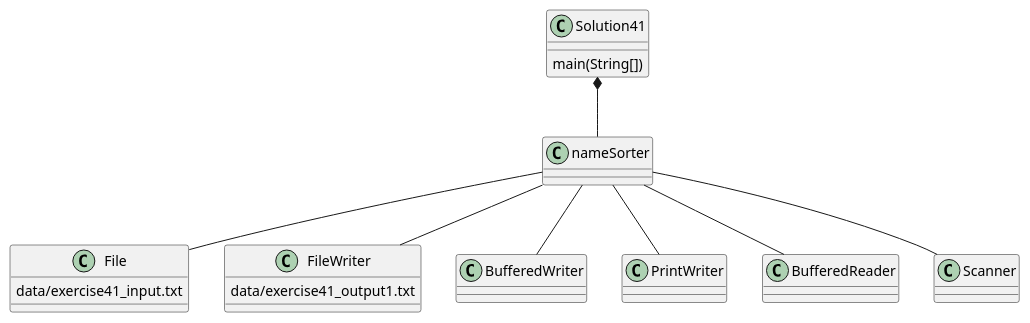
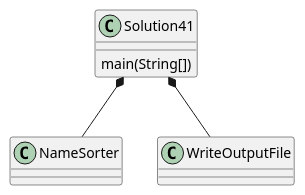
One commit to MohitBallikar/Ballikar-a04 changed the diagram in exercise41/docs/exercise41.puml. Above: the diagram before and after it, drawn with PlantUML. The commit also changed 5 other files, not shown here.

Commit message:
uml edit and restructre

```diff
--- a/exercise41/docs/exercise41.puml
+++ b/exercise41/docs/exercise41.puml
@@ -1,23 +1,9 @@
 @startuml
 class Solution41 {
     main(String[])
 }
 
-Solution41 *-- nameSorter
-
- class File{
- data/exercise41_input.txt
- }
-
-nameSorter -- File
-nameSorter -- FileWriter
-nameSorter -- BufferedWriter
-nameSorter -- PrintWriter
-nameSorter -- BufferedReader
-nameSorter -- Scanner
-
-class FileWriter{
-data/exercise41_output1.txt
-}
+Solution41 *-- NameSorter
+Solution41 *-- WriteOutputFile
 
 @enduml
```
